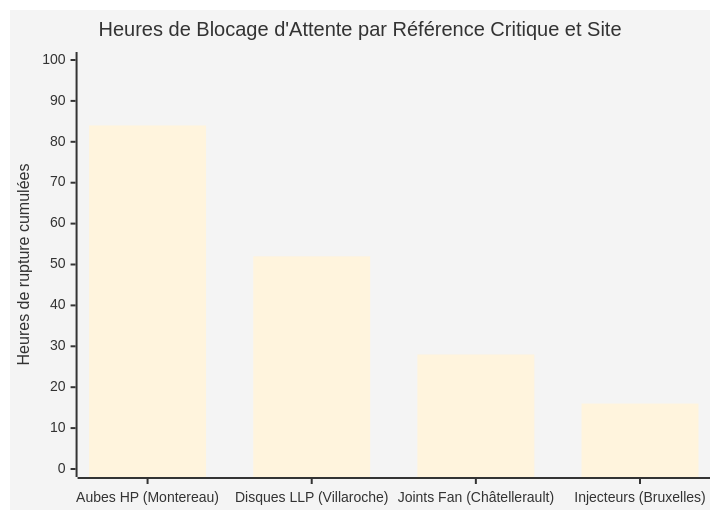
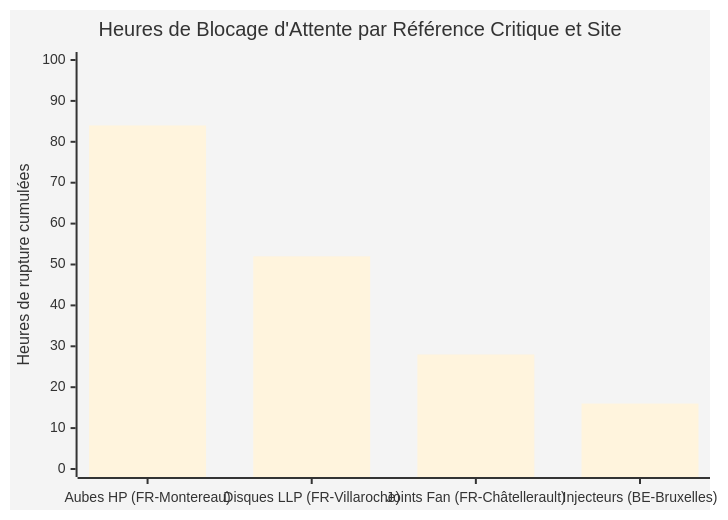
The ninth of 12 diagrams in content.md (quangfr/bimaestro), drawn with Mermaid before and after one commit. The commit also changed other lines of this file and 2 other files, not shown here.

Commit message:
feat: alignement modele etape 2 Pxxxxx/D-xxxxx, timeline jalons 4H, matrix 6F, treemap 6H et finitions UX

````diff
--- a/content.md
+++ b/content.md
@@ -481,8 +515,8 @@
 ```mermaid
 %%{init: {'theme': 'base', 'themeVariables': { 'primaryColor': '#ef4444'}}}%%
 xychart-beta
     title "Heures de Blocage d'Attente par Référence Critique et Site"
-    x-axis ["Aubes HP (Montereau)", "Disques LLP (Villaroche)", "Joints Fan (Châtellerault)", "Injecteurs (Bruxelles)"]
+    x-axis ["Aubes HP (FR-Montereau)", "Disques LLP (FR-Villaroche)", "Joints Fan (FR-Châtellerault)", "Injecteurs (BE-Bruxelles)"]
     y-axis "Heures de rupture cumulées" 0 --> 100
     bar [84, 52, 28, 16]
 ```
````
